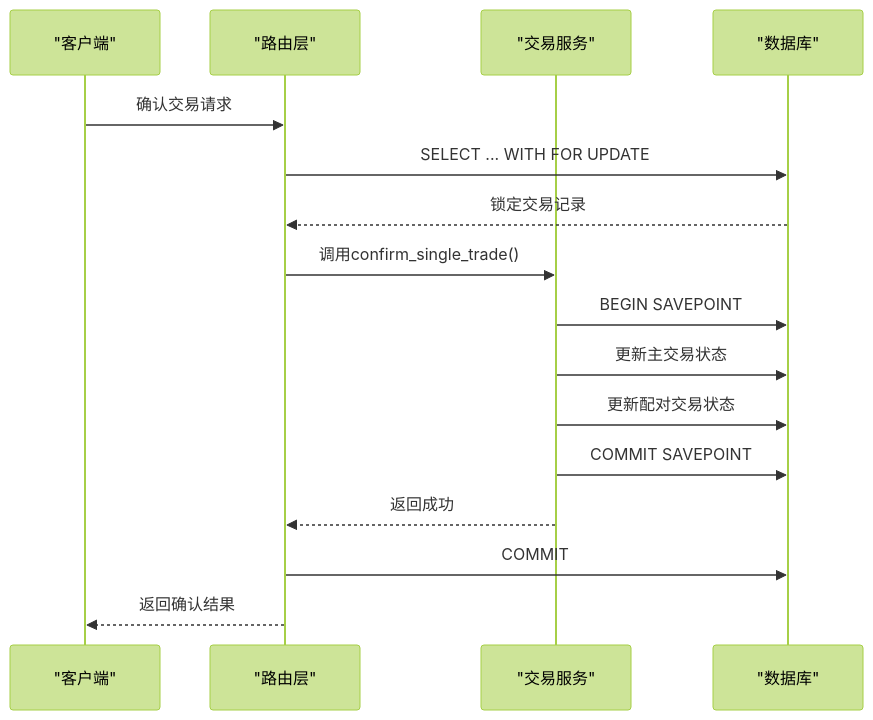
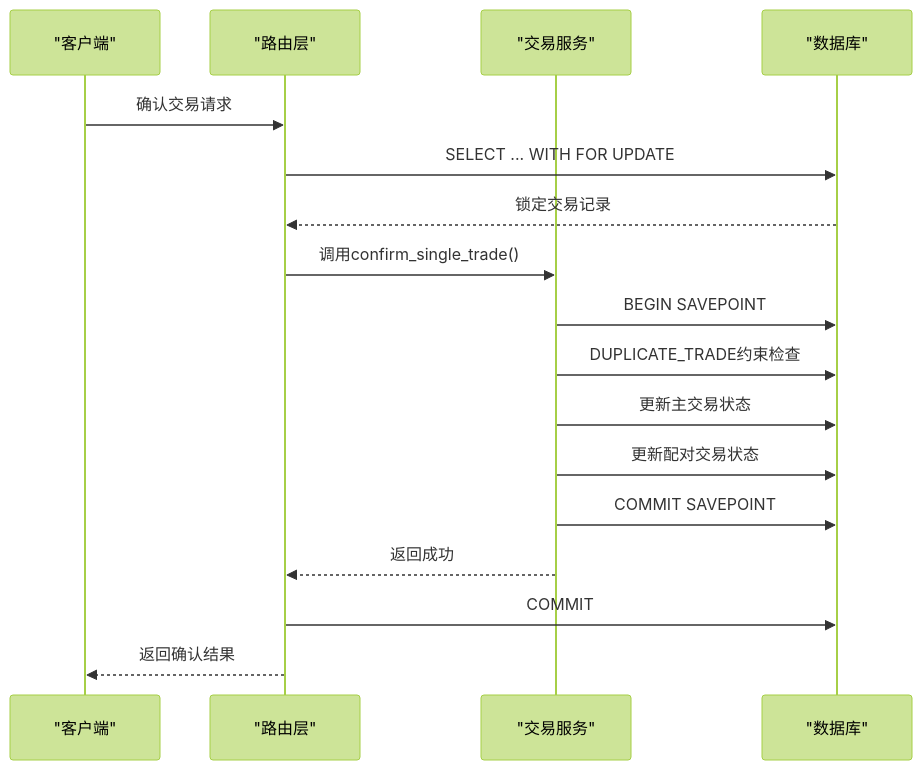
The fifth of 16 diagrams in .qoder/repowiki/zh/content/核心业务功能/交易处理.md (gujialind/InvestRing), drawn with Mermaid (forest theme) before and after one commit. The commit also changed other lines of this file and 15 other files, not shown here.

````diff
--- a/.qoder/repowiki/zh/content/核心业务功能/交易处理.md
+++ b/.qoder/repowiki/zh/content/核心业务功能/交易处理.md
@@ -298,18 +312,19 @@
 ```mermaid
 sequenceDiagram
 participant Client as "客户端"
 participant Router as "路由层"
 participant Service as "交易服务"
 participant DB as "数据库"
 Client->>Router : 确认交易请求
 Router->>DB : SELECT ... WITH FOR UPDATE
 DB-->>Router : 锁定交易记录
 Router->>Service : 调用confirm_single_trade()
 Service->>DB : BEGIN SAVEPOINT
+Service->>DB : DUPLICATE_TRADE约束检查
 Service->>DB : 更新主交易状态
 Service->>DB : 更新配对交易状态
 Service->>DB : COMMIT SAVEPOINT
 Service-->>Router : 返回成功
 Router->>DB : COMMIT
 Router-->>Client : 返回确认结果
 ```
````
